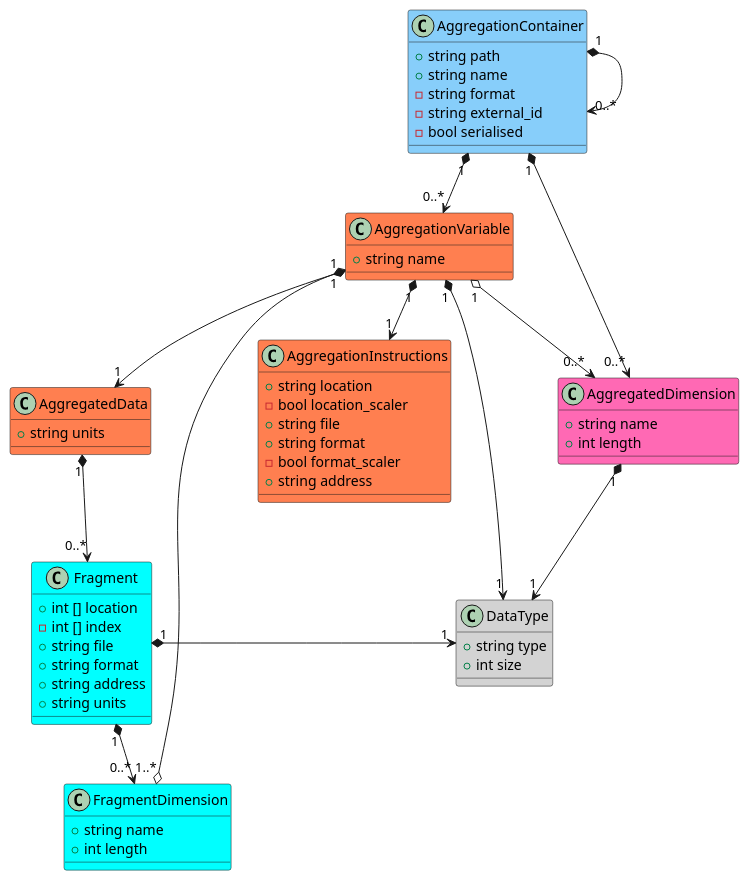
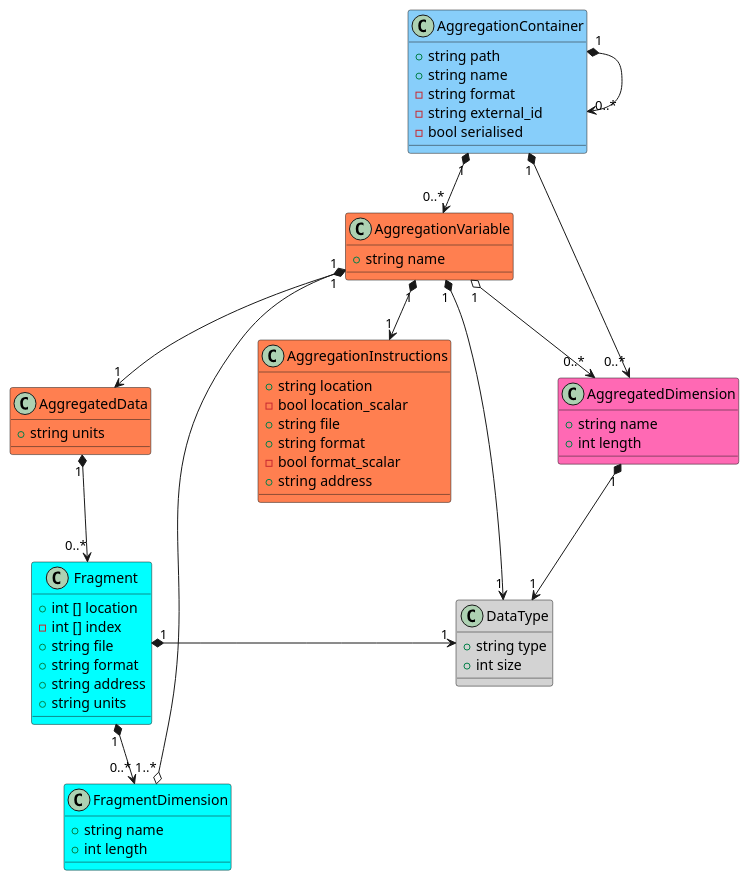
The diagram in doc/uml/cfa_class_diagram.puml (cedadev/CFA-C), drawn with PlantUML before and after one commit. The commit also changed 4 other files, not shown here.

```diff
--- a/doc/uml/cfa_class_diagram.puml
+++ b/doc/uml/cfa_class_diagram.puml
@@ -1,64 +1,64 @@
 @startuml cfa_class_diagram
 
 class DataType #lightgrey {
     +string type
     +int size
 }
 
 class FragmentDimension #cyan {
     +string name
     +int length
 }
 
 class Fragment #cyan {
     +int [] location
     -int [] index
     +string file
     +string format
     +string address
     +string units
 }
 
 class AggregationInstructions #coral {
     +string location
-    -bool location_scaler
+    -bool location_scalar
     +string file
     +string format
-    -bool format_scaler
+    -bool format_scalar
     +string address
 }
 
 class AggregatedData #coral {
     +string units
 }
 
 class AggregatedDimension #hotpink {
     +string name
     +int length
 }
 
 class AggregationVariable #coral{
     +string name
 }
 
 class AggregationContainer #lightskyblue {
     +string path
     +string name
     -string format
     -string external_id
     -bool serialised
 }
 
 AggregationVariable "1" o--> "0..*" AggregatedDimension
 AggregationVariable "1" *--> "1" AggregatedData
 AggregatedData "1" *--> "0..*" Fragment
 Fragment "1" *--> "0..*" FragmentDimension
 AggregationVariable "1" o--o "1..*" FragmentDimension
 AggregatedDimension "1" *-> "1" DataType
 AggregationVariable "1" *--> "1" AggregationInstructions
 AggregationVariable "1" *-> "1" DataType
 Fragment "1" *-> "1" DataType
 AggregationContainer "1" *--> "0..*" AggregationVariable
 AggregationContainer "1" *--> "0..*" AggregatedDimension
 AggregationContainer "1" *--> "0..*" AggregationContainer
 @enduml
```
